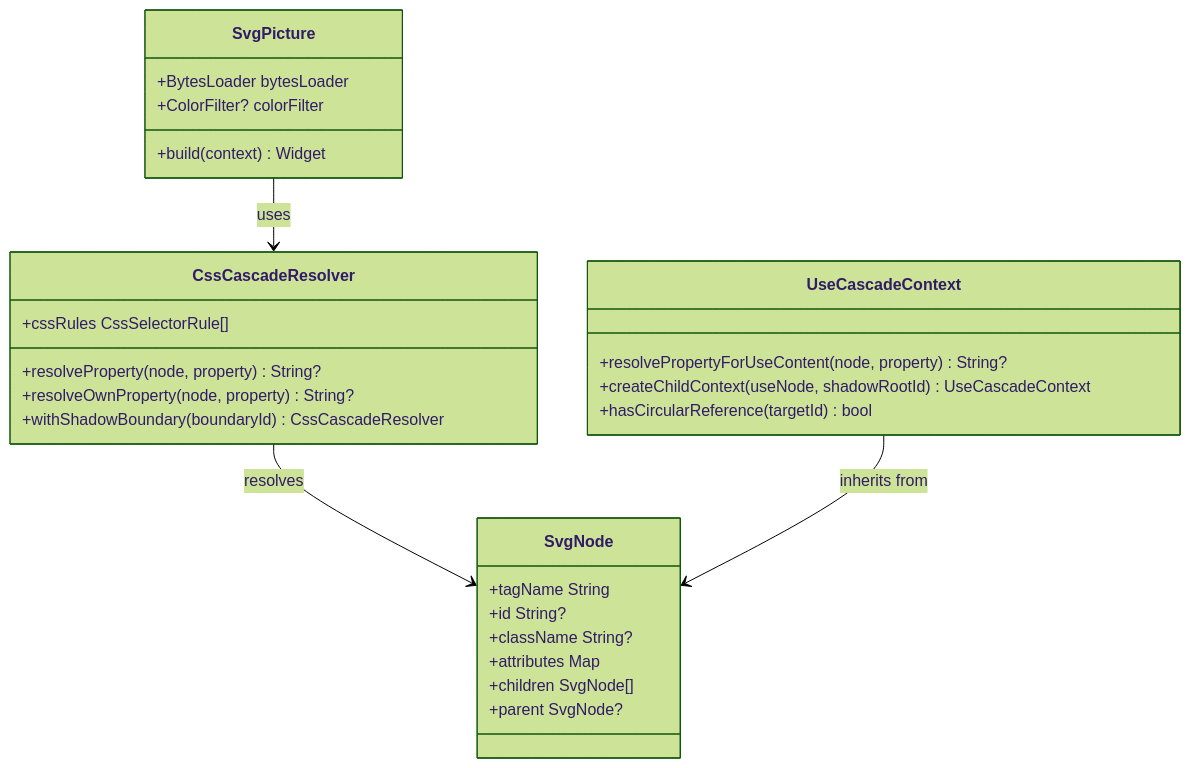
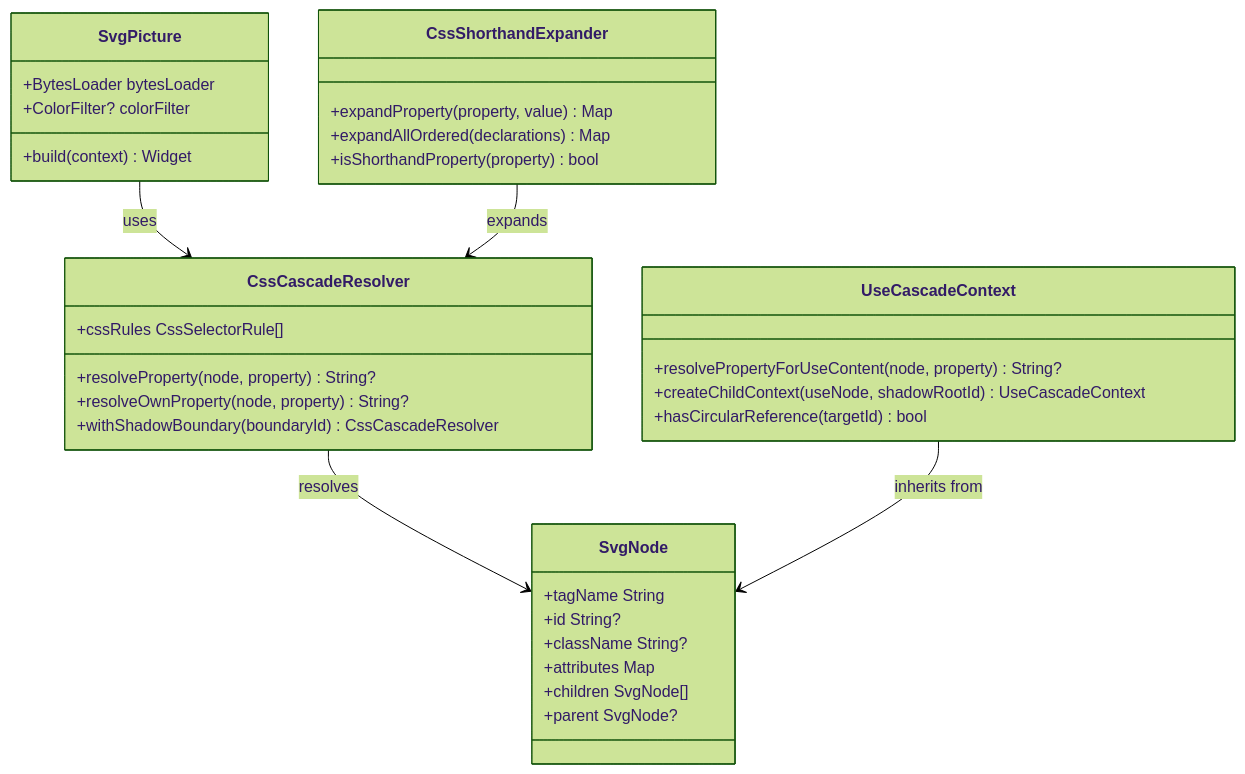
The eighth of 8 diagrams in .qoder/repowiki/en/content/Animated SVG Support/Advanced Animation Features/Enhanced CSS Variables and Calculations/CSS Cascade System.md (denisnadey/flutter_full_svg_support), drawn with Mermaid (forest theme) before and after one commit. The commit also changed other lines of this file and 19 other files, not shown here.

````diff
--- a/.qoder/repowiki/en/content/Animated SVG Support/Advanced Animation Features/Enhanced CSS Variables and Calculations/CSS Cascade System.md
+++ b/.qoder/repowiki/en/content/Animated SVG Support/Advanced Animation Features/Enhanced CSS Variables and Calculations/CSS Cascade System.md
@@ -406,30 +498,36 @@
 ```mermaid
 classDiagram
 class SvgPicture {
 +BytesLoader bytesLoader
 +ColorFilter? colorFilter
 +build(context) Widget
 }
 class CssCascadeResolver {
 +resolveProperty(node, property) String?
 +resolveOwnProperty(node, property) String?
 +cssRules CssSelectorRule[]
 +withShadowBoundary(boundaryId) CssCascadeResolver
 }
 class UseCascadeContext {
 +resolvePropertyForUseContent(node, property) String?
 +createChildContext(useNode, shadowRootId) UseCascadeContext
 +hasCircularReference(targetId) bool
 }
+class CssShorthandExpander {
++expandProperty(property, value) Map
++expandAllOrdered(declarations) Map
++isShorthandProperty(property) bool
+}
 class SvgNode {
 +tagName String
 +id String?
 +className String?
 +attributes Map
 +children SvgNode[]
 +parent SvgNode?
 }
 SvgPicture --> CssCascadeResolver : uses
 CssCascadeResolver --> SvgNode : resolves
 UseCascadeContext --> SvgNode : inherits from
+CssShorthandExpander --> CssCascadeResolver : expands
 ```
````
